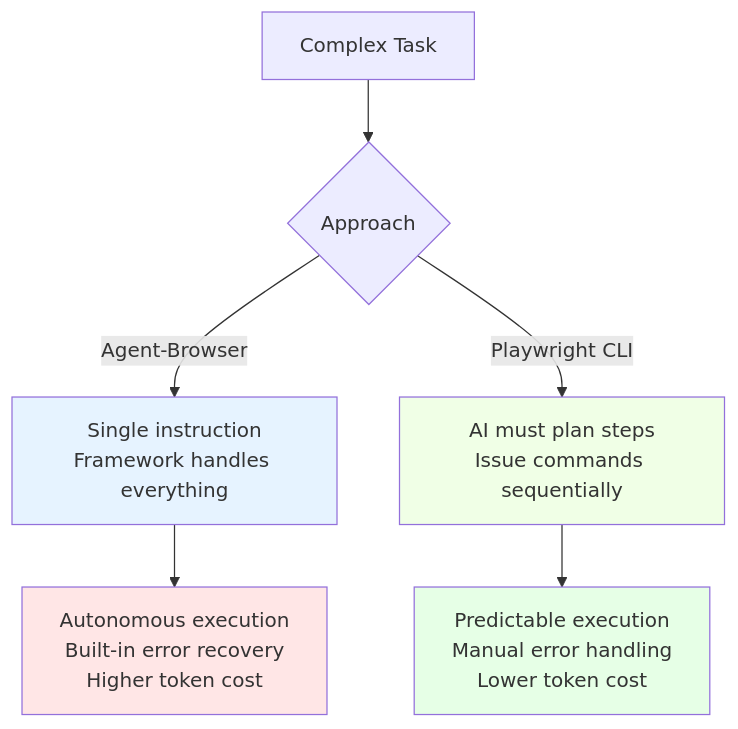
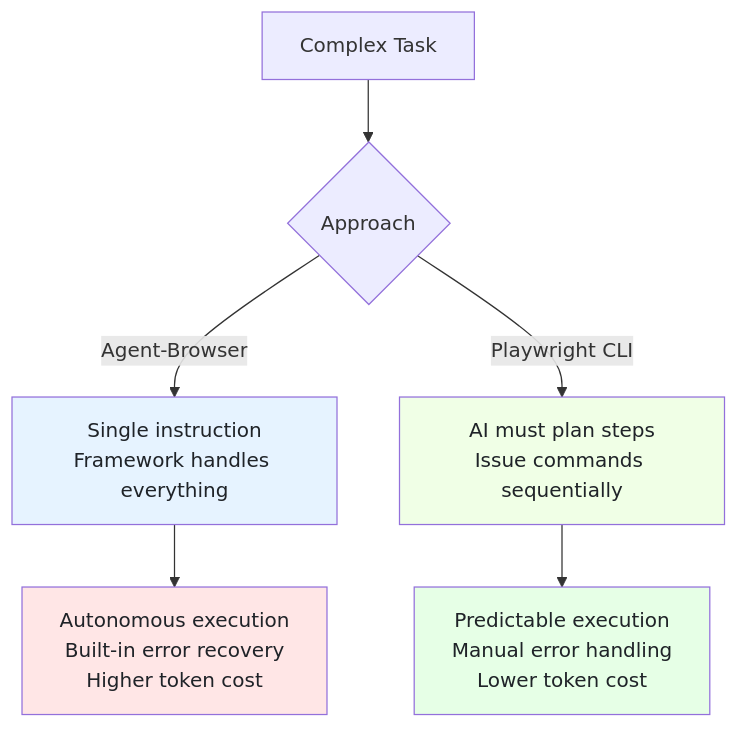
The third of 5 diagrams in _posts/2026-02-18-agent-browser-vs-playwright-cli-ai-browser-control.md (bytetunnels/bytetunnels.github.com), drawn with Mermaid before and after one commit. The commit also changed other lines of this file and 118 other files, not shown here.

Commit message:
feat: improve diagram styling and compact wide flowcharts

````diff
--- a/_posts/2026-02-18-agent-browser-vs-playwright-cli-ai-browser-control.md
+++ b/_posts/2026-02-18-agent-browser-vs-playwright-cli-ai-browser-control.md
@@ -283,14 +283,14 @@
 ```mermaid
 graph TD
     A["Complex Task"] --> B{"Approach"}
     B -->|"Agent-Browser"| C["Single instruction<br>Framework handles everything"]
     B -->|"Playwright CLI"| D["AI must plan steps<br>Issue commands sequentially"]
 
     C --> E["Autonomous execution<br>Built-in error recovery<br>Higher token cost"]
     D --> F["Predictable execution<br>Manual error handling<br>Lower token cost"]
 
-    style C fill:#e6f3ff
-    style D fill:#f0ffe6
-    style E fill:#ffe6e6
-    style F fill:#e6ffe6
+    style C fill:#e6f3ff,color:#1f2328
+    style D fill:#f0ffe6,color:#1f2328
+    style E fill:#ffe6e6,color:#1f2328
+    style F fill:#e6ffe6,color:#1f2328
 ```
````
